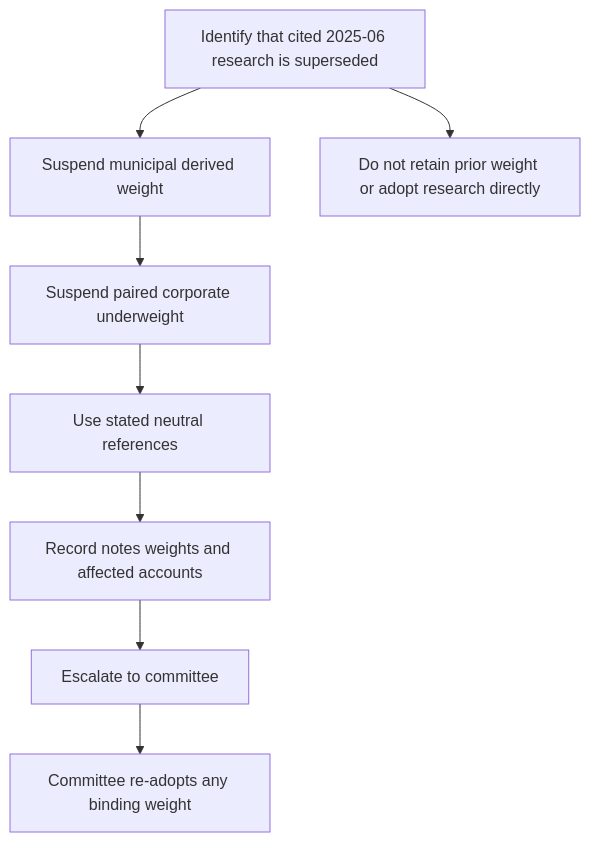
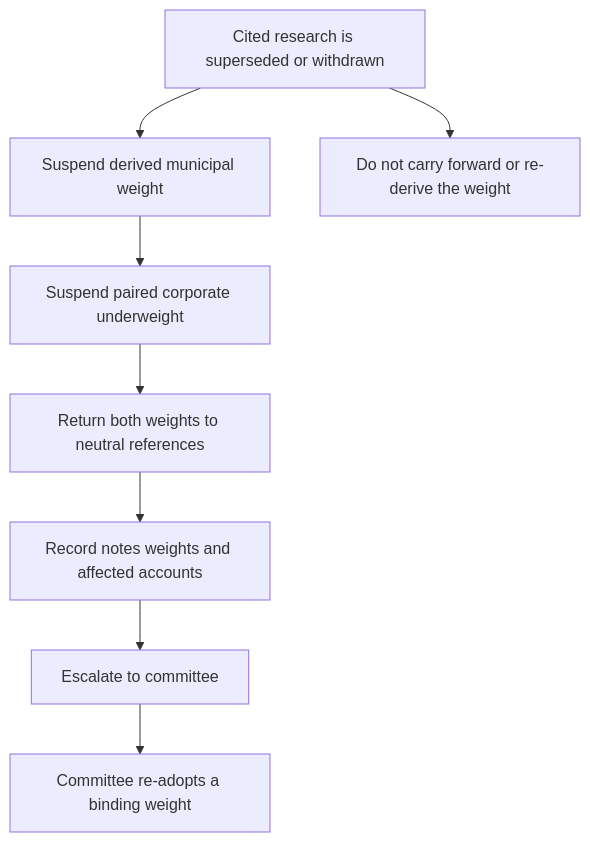
One commit to xuro-langchain/wealth-research-corpus changed the diagram in openwiki/guidance/allocation/us-taxable-fixed-income.md. Above: the diagram before and after it, drawn with Mermaid. The commit also changed other lines of this file and 43 other files, not shown here.

````diff
--- a/openwiki/guidance/allocation/us-taxable-fixed-income.md
+++ b/openwiki/guidance/allocation/us-taxable-fixed-income.md
@@ -45,10 +51,10 @@
 ```mermaid
 flowchart TD
-    Detect["Identify that cited 2025-06 research is superseded"] --> Suspend["Suspend municipal derived weight"]
+    Detect["Cited research is superseded or withdrawn"] --> Suspend["Suspend derived municipal weight"]
     Suspend --> Pair["Suspend paired corporate underweight"]
-    Pair --> Neutral["Use stated neutral references"]
-    Neutral --> Record["Record notes weights and affected accounts"]
-    Record --> Escalate["Escalate to committee"]
-    Escalate --> Adopt["Committee re-adopts any binding weight"]
-    Detect --> NoDirect["Do not retain prior weight or adopt research directly"]
+    Pair --> Neutral["Return both weights to neutral references"]
+    Neutral --> Package["Record notes weights and affected accounts"]
+    Package --> Committee["Escalate to committee"]
+    Committee --> Adopt["Committee re-adopts a binding weight"]
+    Detect --> NoDirect["Do not carry forward or re-derive the weight"]
 ```
````
